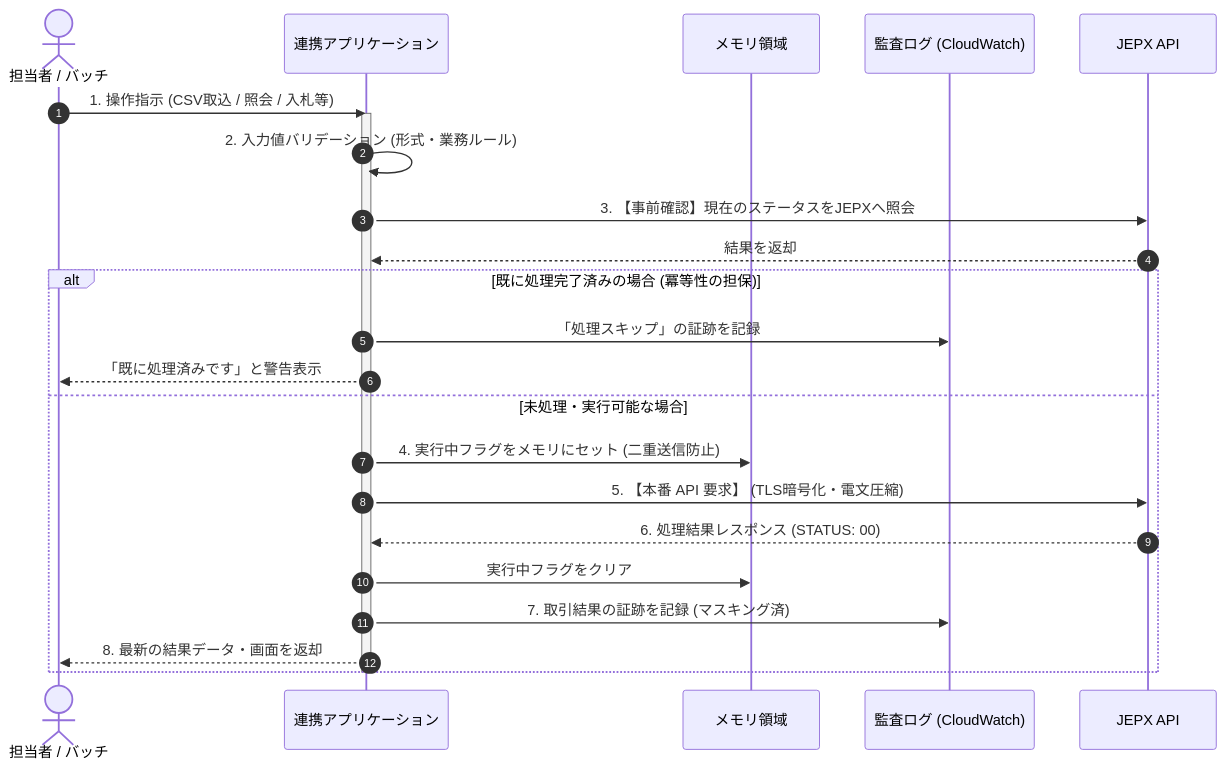
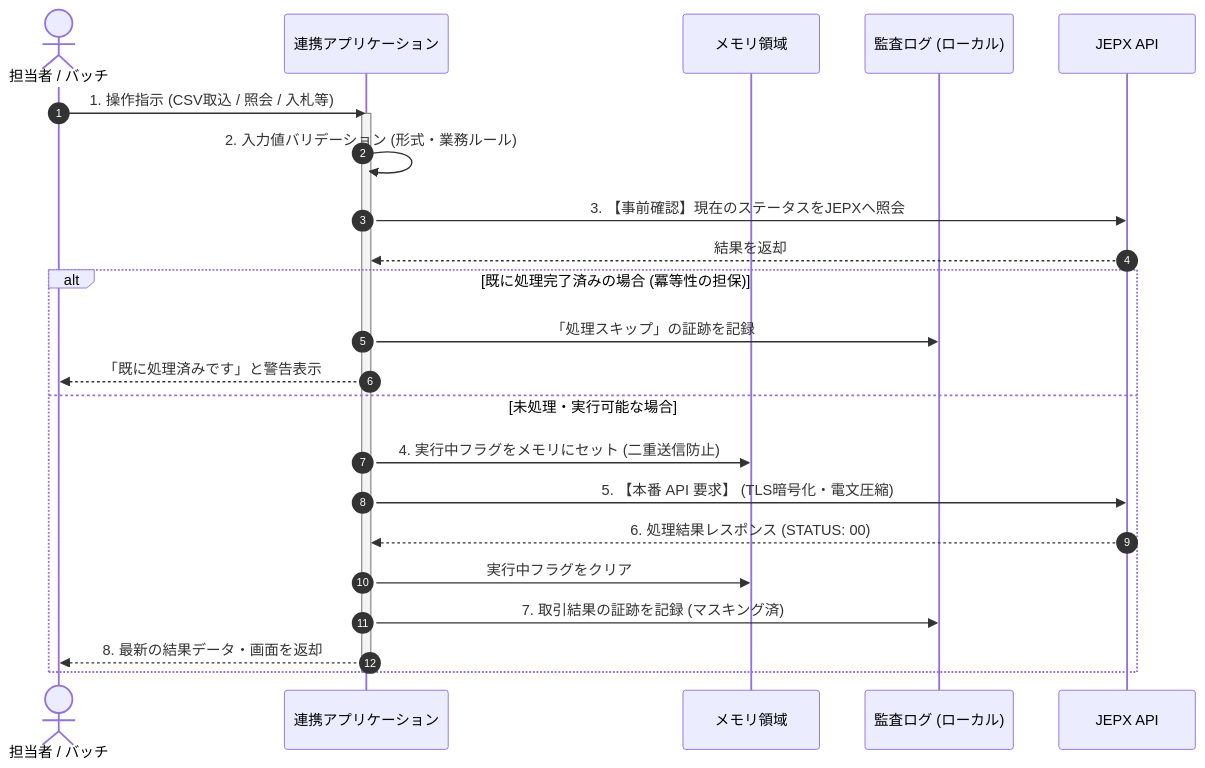
The second of 7 diagrams in docs/02.基本設計.md (mkuwan/jepx4), drawn with Mermaid before and after one commit. The commit also changed other lines of this file and 1 other file, not shown here.

````diff
--- a/docs/02.基本設計.md
+++ b/docs/02.基本設計.md
@@ -108,28 +108,28 @@
 ```mermaid
 sequenceDiagram
     autonumber
     actor User as 担当者 / バッチ
     participant App as 連携アプリケーション
     participant Mem as メモリ領域
-    participant Log as 監査ログ (CloudWatch)
+    participant Log as 監査ログ (ローカル)
     participant JEPX as JEPX API
     
     User->>App: 1. 操作指示 (CSV取込 / 照会 / 入札等)
     activate App
     App->>App: 2. 入力値バリデーション (形式・業務ルール)
     App->>JEPX: 3. 【事前確認】現在のステータスをJEPXへ照会
     JEPX-->>App: 結果を返却
     
     alt 既に処理完了済みの場合 (冪等性の担保)
         App->>Log: 「処理スキップ」の証跡を記録
         App-->>User: 「既に処理済みです」と警告表示
     else 未処理・実行可能な場合
         App->>Mem: 4. 実行中フラグをメモリにセット (二重送信防止)
         App->>JEPX: 5. 【本番 API 要求】 (TLS暗号化・電文圧縮)
         JEPX-->>App: 6. 処理結果レスポンス (STATUS: 00)
         App->>Mem: 実行中フラグをクリア
         App->>Log: 7. 取引結果の証跡を記録 (マスキング済)
         App-->>User: 8. 最新の結果データ・画面を返却
     end
     deactivate App
 ```
````
